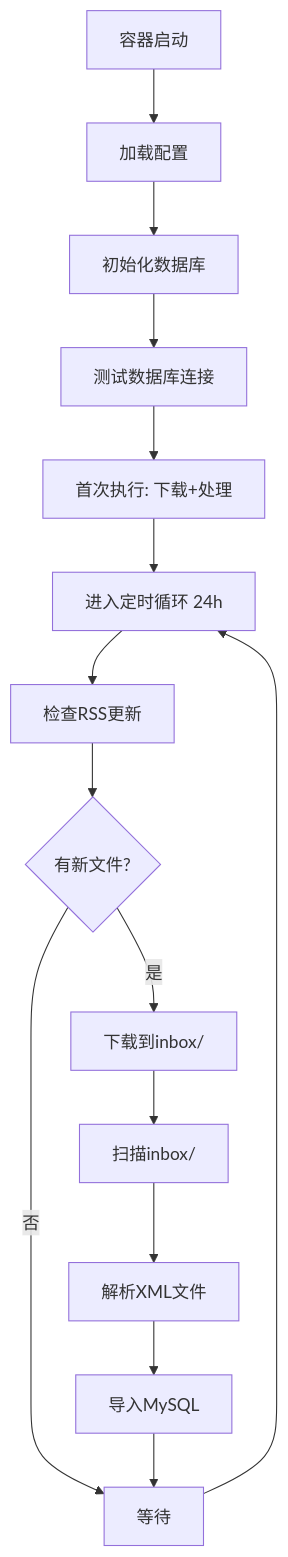
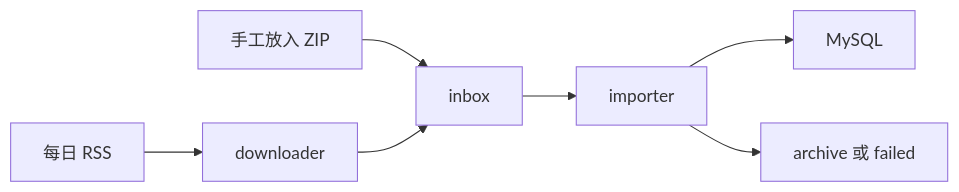
The diagram in README.md (OnesZhang/udi-data-platform), drawn with Mermaid before and after one commit. The commit also changed other lines of this file and 16 other files, not shown here.

````diff
--- a/README.md
+++ b/README.md
@@ -144,17 +7,9 @@
 ```mermaid
-graph TD
-    A[容器启动] --> B[加载配置]
-    B --> C[初始化数据库]
-    C --> D[测试数据库连接]
-    D --> E[首次执行: 下载+处理]
-    E --> F[进入定时循环 24h]
-    F --> G[检查RSS更新]
-    G --> H{有新文件?}
-    H -->|是| I[下载到inbox/]
-    H -->|否| J[等待]
-    I --> K[扫描inbox/]
-    K --> L[解析XML文件]
-    L --> M[导入MySQL]
-    M --> J
-    J --> F
+flowchart LR
+    A[每日 RSS] --> B[downloader]
+    C[手工放入 ZIP] --> D[inbox]
+    B --> D
+    D --> E[importer]
+    E --> F[MySQL]
+    E --> G[archive 或 failed]
 ```
````
